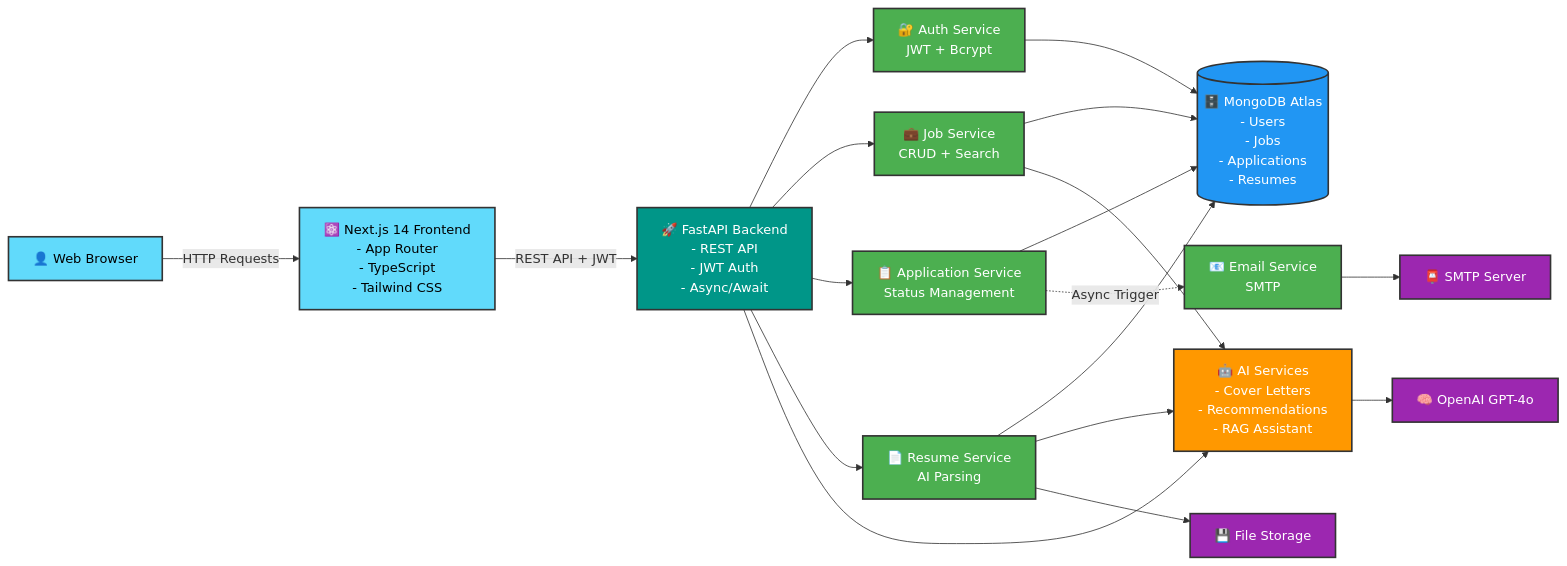
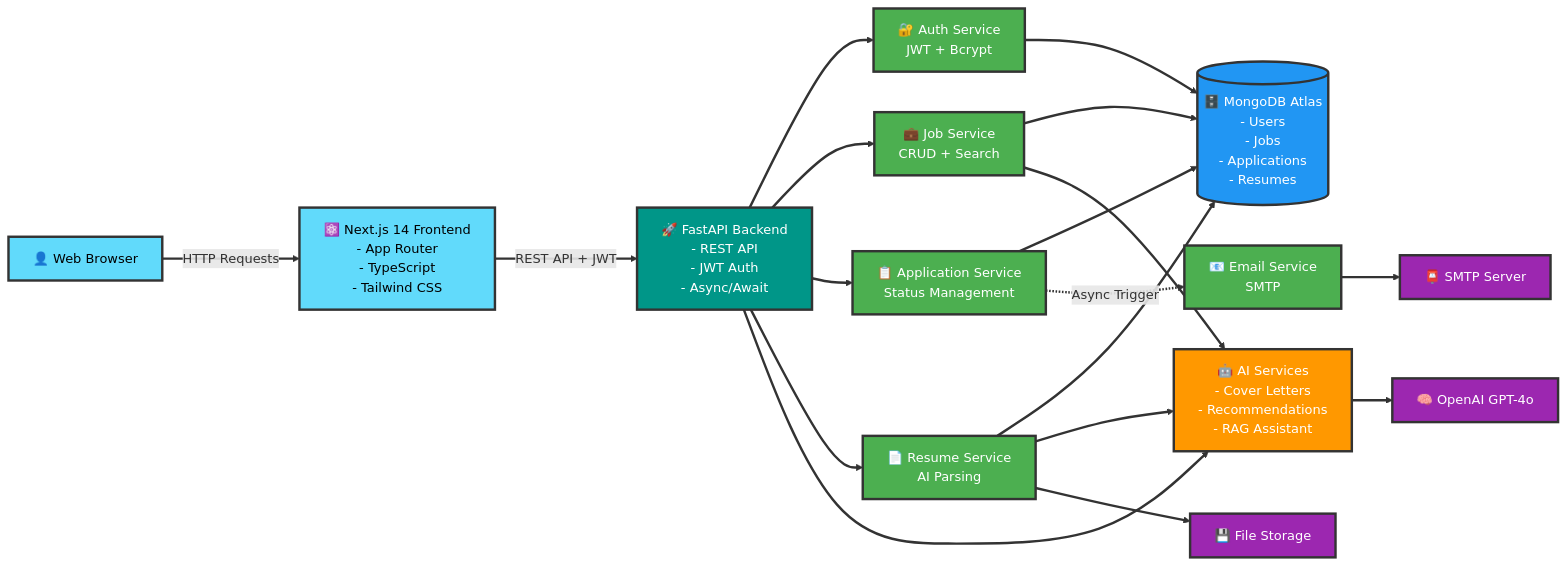
Before and after one commit to fly2safa/JobPortal: the first of 3 diagrams in README.md, drawn with Mermaid. The commit also changed other lines of this file, not shown here.

Commit message:
fix: Improve arrow and line visibility in architecture diagrams
- Change single arrows (-->) to thick arrows (==>) for better visibility
- Increase stroke-width from 2px to 3px for all boxes
- Add linkStyle default with 3px stroke width for all connections
- Apply to both simplified and detailed architecture diagrams
- Arrows and connecting lines now much more visible on GitHub

````diff
--- a/README.md
+++ b/README.md
@@ -52,75 +52,78 @@
 ```mermaid
 graph LR
     %% Client Layer
     Client[👤 Web Browser]
     
     %% Frontend Layer
     Frontend["⚛️ Next.js 14 Frontend<br/>- App Router<br/>- TypeScript<br/>- Tailwind CSS"]
     
     %% API Gateway
     API["🚀 FastAPI Backend<br/>- REST API<br/>- JWT Auth<br/>- Async/Await"]
     
     %% Service Layer
     AuthSvc["🔐 Auth Service<br/>JWT + Bcrypt"]
     JobSvc["💼 Job Service<br/>CRUD + Search"]
     AppSvc["📋 Application Service<br/>Status Management"]
     ResumeSvc["📄 Resume Service<br/>AI Parsing"]
     EmailSvc["📧 Email Service<br/>SMTP"]
     
     %% AI Layer
     AISvc["🤖 AI Services<br/>- Cover Letters<br/>- Recommendations<br/>- RAG Assistant"]
     
     %% Data Layer
     DB[("🗄️ MongoDB Atlas<br/>- Users<br/>- Jobs<br/>- Applications<br/>- Resumes")]
     
     %% External Services
     OpenAI["🧠 OpenAI GPT-4o"]
     SMTP["📮 SMTP Server"]
     Storage["💾 File Storage"]
     
     %% Main Flow
-    Client -->|"HTTP Requests"| Frontend
-    Frontend -->|"REST API + JWT"| API
+    Client ==>|"HTTP Requests"| Frontend
+    Frontend ==>|"REST API + JWT"| API
     
     %% API to Services
-    API --> AuthSvc
-    API --> JobSvc
-    API --> AppSvc
-    API --> ResumeSvc
-    API --> AISvc
+    API ==> AuthSvc
+    API ==> JobSvc
+    API ==> AppSvc
+    API ==> ResumeSvc
+    API ==> AISvc
     
     %% Services to Data
-    AuthSvc --> DB
-    JobSvc --> DB
-    AppSvc --> DB
-    ResumeSvc --> DB
+    AuthSvc ==> DB
+    JobSvc ==> DB
+    AppSvc ==> DB
+    ResumeSvc ==> DB
     
     %% Services to AI
-    ResumeSvc --> AISvc
-    JobSvc --> AISvc
+    ResumeSvc ==> AISvc
+    JobSvc ==> AISvc
     
     %% AI to External
-    AISvc --> OpenAI
+    AISvc ==> OpenAI
     
     %% Email Flow
     AppSvc -.->|"Async Trigger"| EmailSvc
-    EmailSvc --> SMTP
+    EmailSvc ==> SMTP
     
     %% File Storage
-    ResumeSvc --> Storage
+    ResumeSvc ==> Storage
     
     %% Styling
-    classDef frontend fill:#61dafb,stroke:#333,stroke-width:2px,color:#000
-    classDef backend fill:#009688,stroke:#333,stroke-width:2px,color:#fff
-    classDef service fill:#4caf50,stroke:#333,stroke-width:2px,color:#fff
-    classDef ai fill:#ff9800,stroke:#333,stroke-width:2px,color:#fff
-    classDef data fill:#2196f3,stroke:#333,stroke-width:2px,color:#fff
-    classDef external fill:#9c27b0,stroke:#333,stroke-width:2px,color:#fff
+    classDef frontend fill:#61dafb,stroke:#333,stroke-width:3px,color:#000
+    classDef backend fill:#009688,stroke:#333,stroke-width:3px,color:#fff
+    classDef service fill:#4caf50,stroke:#333,stroke-width:3px,color:#fff
+    classDef ai fill:#ff9800,stroke:#333,stroke-width:3px,color:#fff
+    classDef data fill:#2196f3,stroke:#333,stroke-width:3px,color:#fff
+    classDef external fill:#9c27b0,stroke:#333,stroke-width:3px,color:#fff
     
     class Client,Frontend frontend
     class API backend
     class AuthSvc,JobSvc,AppSvc,ResumeSvc,EmailSvc service
     class AISvc ai
     class DB data
     class OpenAI,SMTP,Storage external
+    
+    %% Link styling for better visibility
+    linkStyle default stroke:#333,stroke-width:3px
 ```
````
